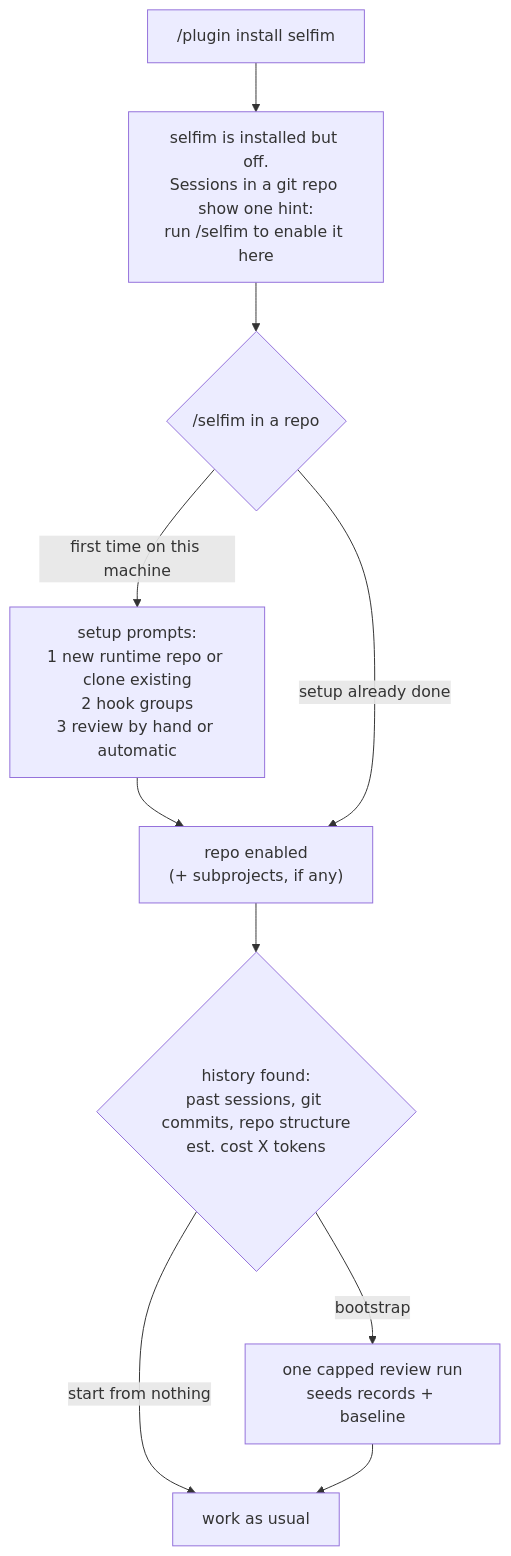
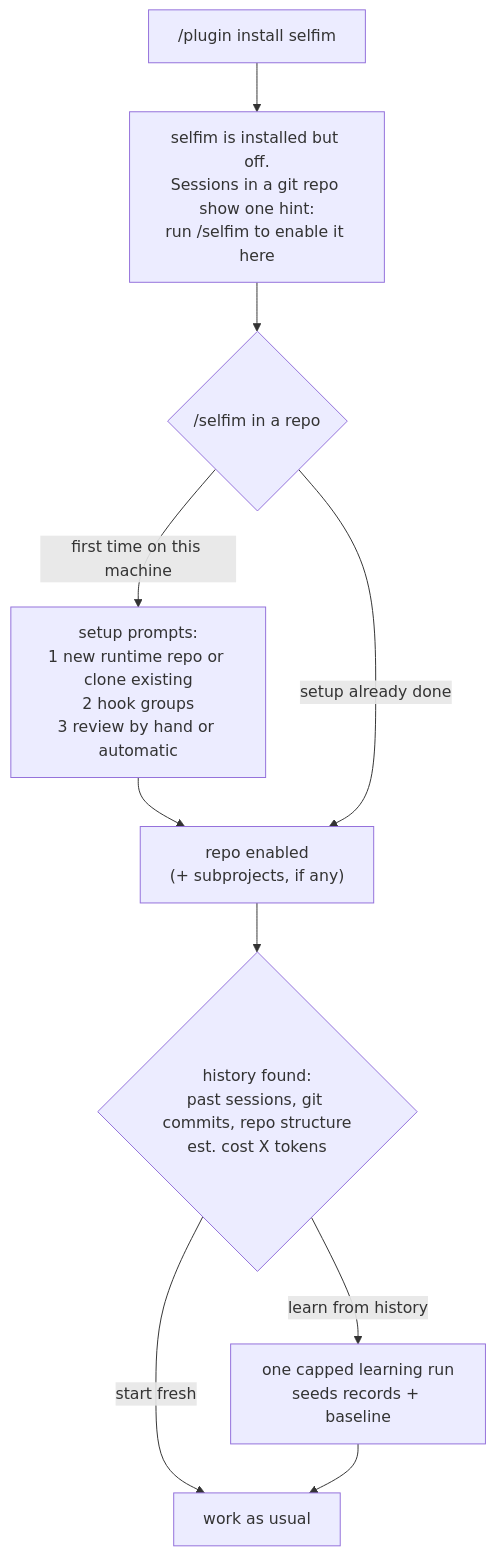
The first of 5 diagrams in self-improvements/README.md (Juansasa/supermem), drawn with Mermaid before and after one commit. The commit also changed other lines of this file and 8 other files, not shown here.

Commit message:
selfim: intuitive command names; learning from history offered automatically on first use or large backlog

````diff
--- a/self-improvements/README.md
+++ b/self-improvements/README.md
@@ -31,12 +31,12 @@
 ```mermaid
 flowchart TD
   I["/plugin install selfim"] --> D["selfim is installed but off.<br/>Sessions in a git repo show one hint:<br/>run /selfim to enable it here"]
   D --> F{"/selfim in a repo"}
   F -- "first time on this machine" --> S["setup prompts:<br/>1 new runtime repo or clone existing<br/>2 hook groups<br/>3 review by hand or automatic"]
   S --> E["repo enabled<br/>(+ subprojects, if any)"]
   F -- "setup already done" --> E
   E --> B{"history found:<br/>past sessions, git commits, repo structure<br/>est. cost X tokens"}
-  B -- bootstrap --> R["one capped review run<br/>seeds records + baseline"]
-  B -- "start from nothing" --> W["work as usual"]
+  B -- "learn from history" --> R["one capped learning run<br/>seeds records + baseline"]
+  B -- "start fresh" --> W["work as usual"]
   R --> W
 ```
````
